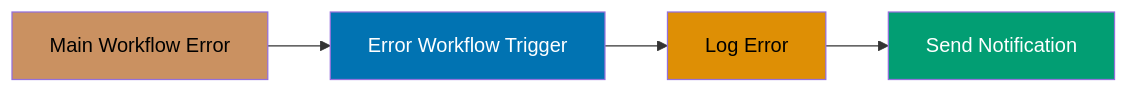
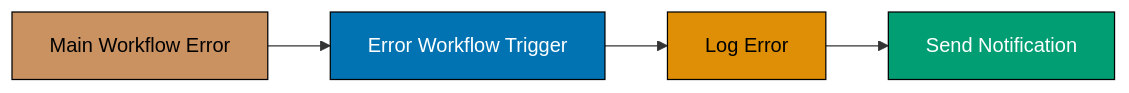
One commit to wahidyankf/open-sharia-enterprise changed the fourth of 10 diagrams in apps/ayokoding-web/content/en/learn/software-engineering/automation/tools/n8n/tutorials/by-example/intermediate.md. Above: the diagram before and after it, drawn with Mermaid. The commit also changed other lines of this file and 8 other files, not shown here.

````diff
--- a/apps/ayokoding-web/content/en/learn/software-engineering/automation/tools/n8n/tutorials/by-example/intermediate.md
+++ b/apps/ayokoding-web/content/en/learn/software-engineering/automation/tools/n8n/tutorials/by-example/intermediate.md
@@ -532,12 +556,12 @@
 ```mermaid
 %% Error workflow triggered on failure
 graph LR
     A[Main Workflow Error] --> B[Error Workflow Trigger]
     B --> C[Log Error]
     C --> D[Send Notification]
 
-    style A fill:#CA9161,color:#000
-    style B fill:#0173B2,color:#fff
-    style C fill:#DE8F05,color:#000
-    style D fill:#029E73,color:#fff
+    style A fill:#CA9161,stroke:#000,color:#000
+    style B fill:#0173B2,stroke:#000,color:#fff
+    style C fill:#DE8F05,stroke:#000,color:#000
+    style D fill:#029E73,stroke:#000,color:#fff
 ```
````
